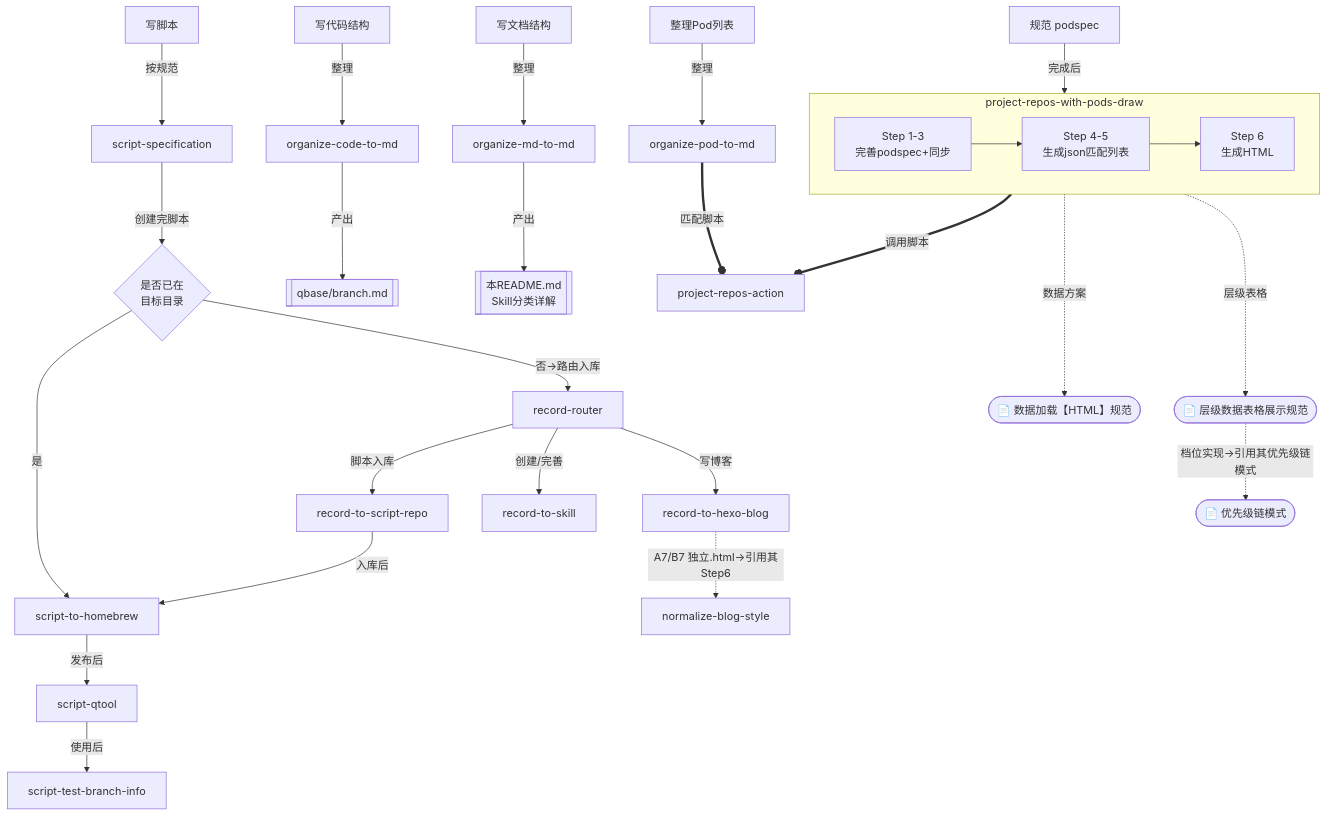
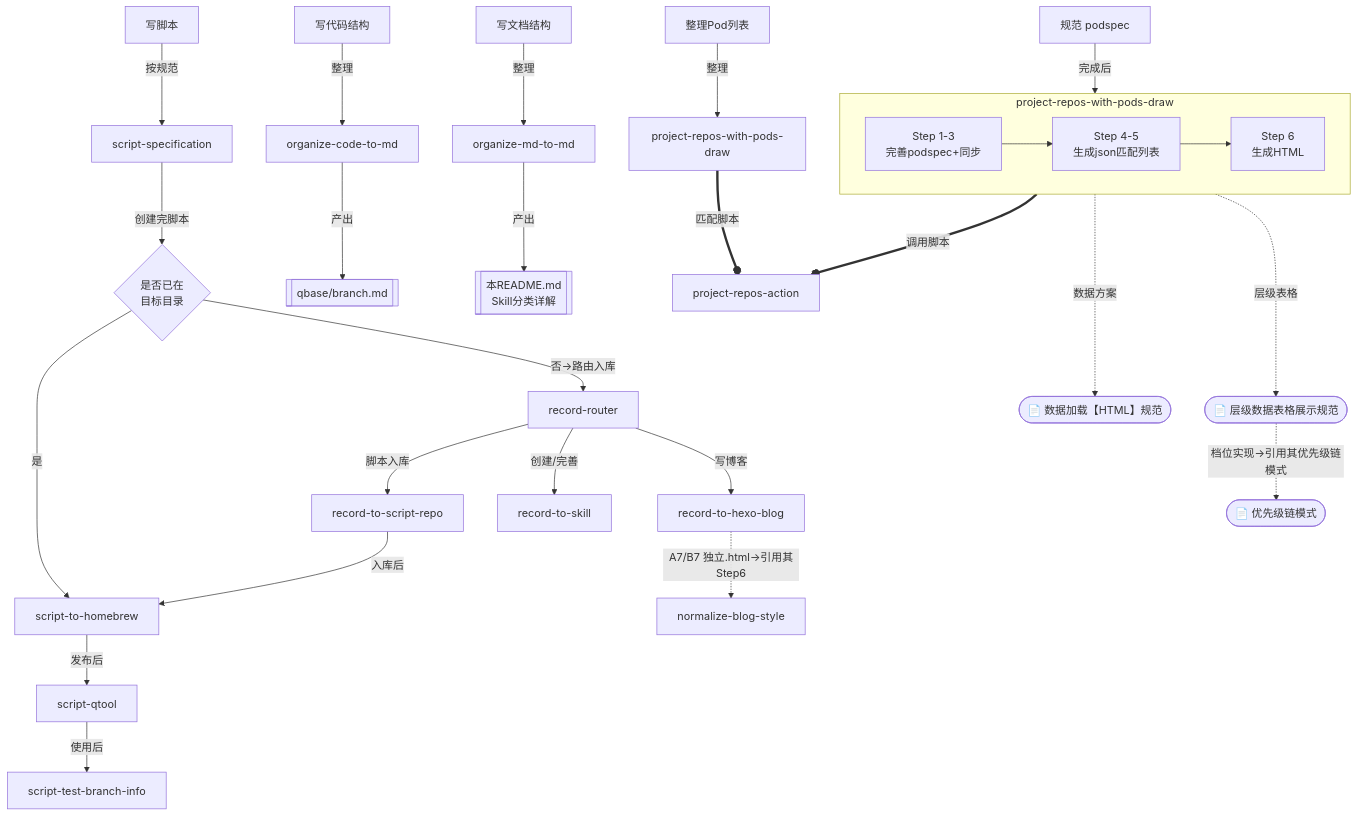
Before and after one commit to dvlproad/AI-qskills: the fifth of 5 diagrams in README.md, drawn with Mermaid. The commit also changed other lines of this file and 8 other files, not shown here.

Commit message:
去除多余的organize-pod-to-md 整合到 project-repos-with-pods-draw

````diff
--- a/README.md
+++ b/README.md
@@ -194,36 +193,36 @@
 ```mermaid
 flowchart TD
     RR[record-router] -->|脚本入库| RSR[record-to-script-repo]
     RR -->|创建/完善| RS[record-to-skill]
     RR -->|写博客| RH[record-to-hexo-blog]
 
     RH -.->|A7/B7 独立.html→引用其Step6| NB[normalize-blog-style]
     HTH([📄 层级数据表格展示规范]) -.->|档位实现→引用其优先级链模式| PC([📄 优先级链模式])
 
     WRITE[写脚本] -->|按规范| SP[script-specification]
     SP -->|创建完脚本| CHECK{是否已在<br/>目标目录}
     CHECK -->|是| SH[script-to-homebrew]
     CHECK -->|否→路由入库| RR
     RSR -->|入库后| SH
     SH -->|发布后| SQ[script-qtool]
     SQ -->|使用后| ST[script-test-branch-info]
 
     WRITE_CODE[写代码结构] -->|整理| OCM[organize-code-to-md]
     OCM -->|产出| BRANCH_MD[[qbase/branch.md]]
     WRITE_MD[写文档结构] -->|整理| OMD[organize-md-to-md]
     OMD -->|产出| README_SKILL[[本README.md<br/>Skill分类详解]]
 
     NORMALIZE_POD[规范 podspec] -->|完成后| S13
     
     subgraph NP_SKILL["project-repos-with-pods-draw"]
         direction LR
         S13[Step 1-3\n完善podspec+同步] --> S45[Step 4-5\n生成json匹配列表]
         S45 --> S6[Step 6\n生成HTML]
     end
 
     S45 ==o|调用脚本| OR[project-repos-action]
     S6 -..->|数据方案| HL([📄 数据加载【HTML】规范])
     S6 -..->|层级表格| HTH([📄 层级数据表格展示规范])
-    POD_LIST[整理Pod列表] -->|整理| OP[organize-pod-to-md]
+    POD_LIST[整理Pod列表] -->|整理| OP[project-repos-with-pods-draw]
     OP ==o|匹配脚本| OR
 ```
````
